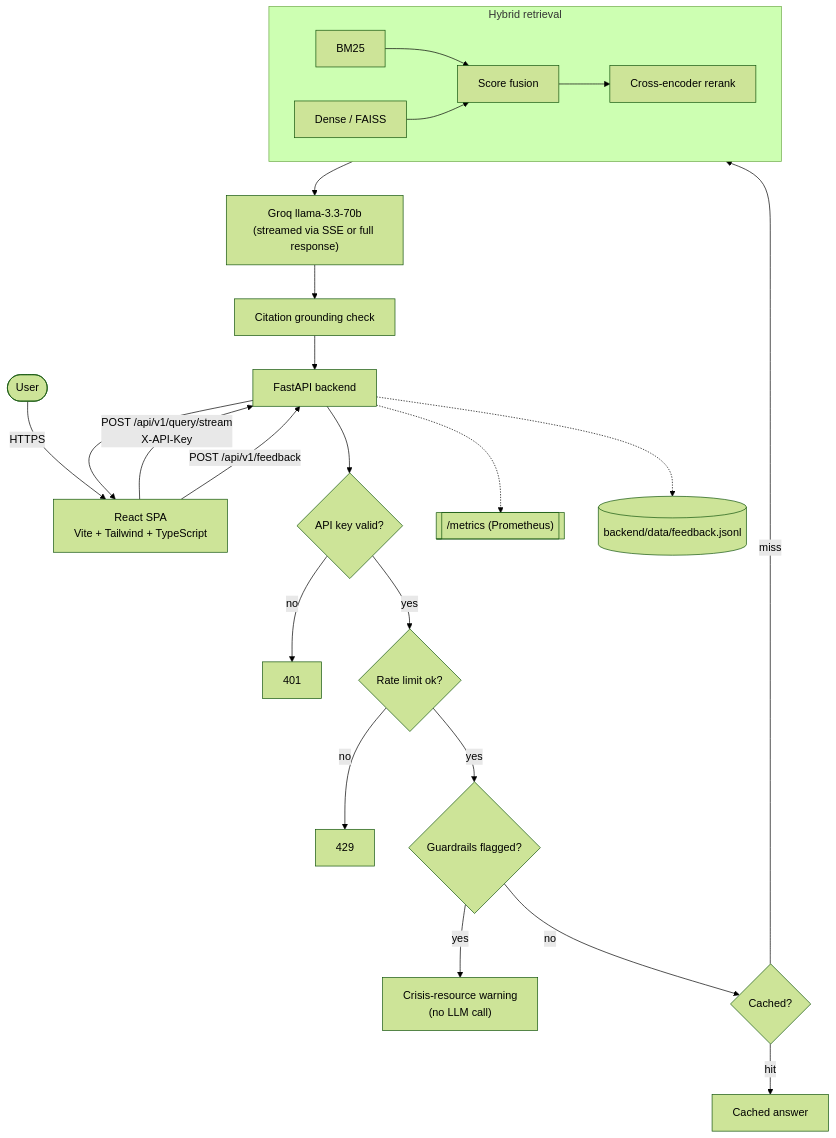
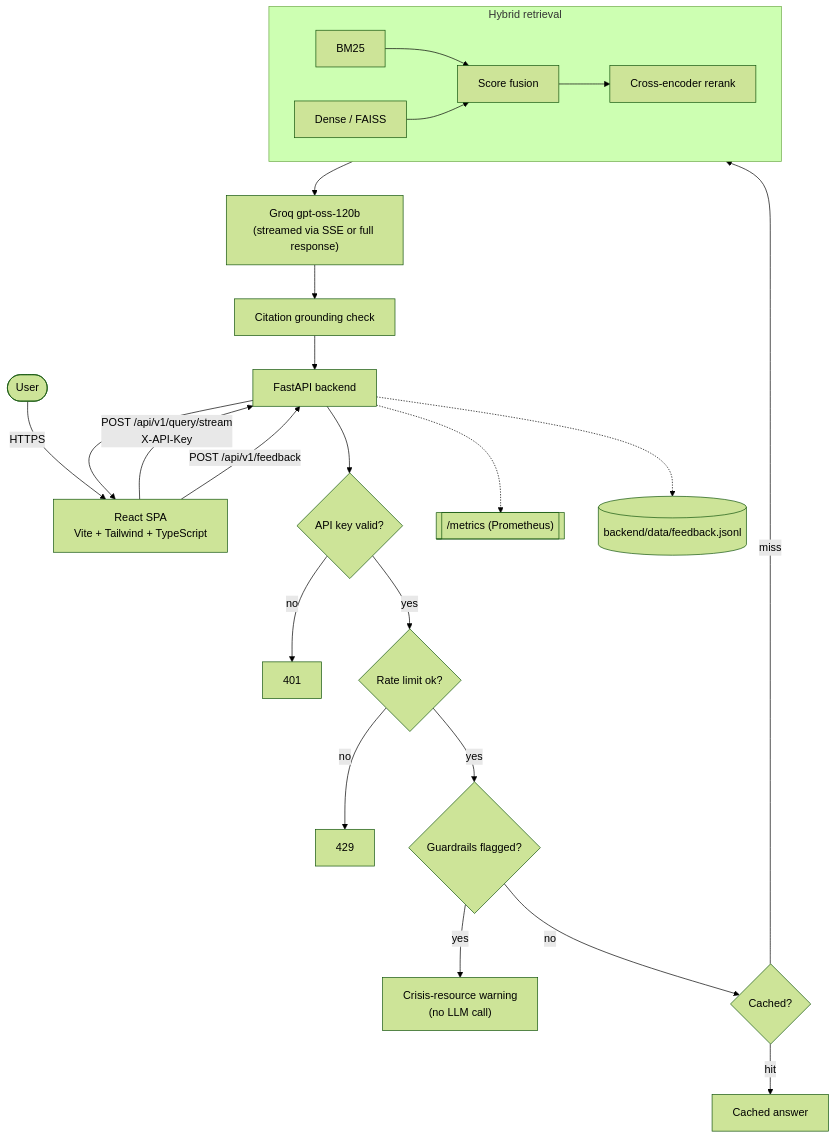
Before and after one commit to nishmethuku/healthlens: the diagram in README.md, drawn with Mermaid (forest theme). The commit also changed other lines of this file and 4 other files, not shown here.

First line of the commit message:
Use gpt-oss-120b on Groq (llama-3.3-70b-versatile was retired)

````diff
--- a/README.md
+++ b/README.md
@@ -43,31 +43,31 @@
 ```mermaid
 flowchart TD
     User([User]) -->|HTTPS| FE["React SPA<br/>Vite + Tailwind + TypeScript"]
     FE -->|"POST /api/v1/query/stream<br/>X-API-Key"| API[FastAPI backend]
     FE -->|POST /api/v1/feedback| API
 
     API --> Auth{"API key valid?"}
     Auth -->|no| R401["401"]
     Auth -->|yes| RL{"Rate limit ok?"}
     RL -->|no| R429["429"]
     RL -->|yes| GR{"Guardrails flagged?"}
     GR -->|yes| Warn["Crisis-resource warning<br/>(no LLM call)"]
     GR -->|no| Cache{"Cached?"}
     Cache -->|hit| CachedResp["Cached answer"]
     Cache -->|miss| Retrieval
 
     subgraph Retrieval["Hybrid retrieval"]
         direction LR
         BM25["BM25"] --> Fusion["Score fusion"]
         Dense["Dense / FAISS"] --> Fusion
         Fusion --> Rerank["Cross-encoder rerank"]
     end
 
-    Rerank --> LLM["Groq llama-3.3-70b<br/>(streamed via SSE or full response)"]
+    Rerank --> LLM["Groq gpt-oss-120b<br/>(streamed via SSE or full response)"]
     LLM --> Check["Citation grounding check"]
     Check --> API
     API --> FE
 
     API -.-> Metrics[["/metrics (Prometheus)"]]
     API -.-> FeedbackLog[("backend/data/feedback.jsonl")]
 ```
````
